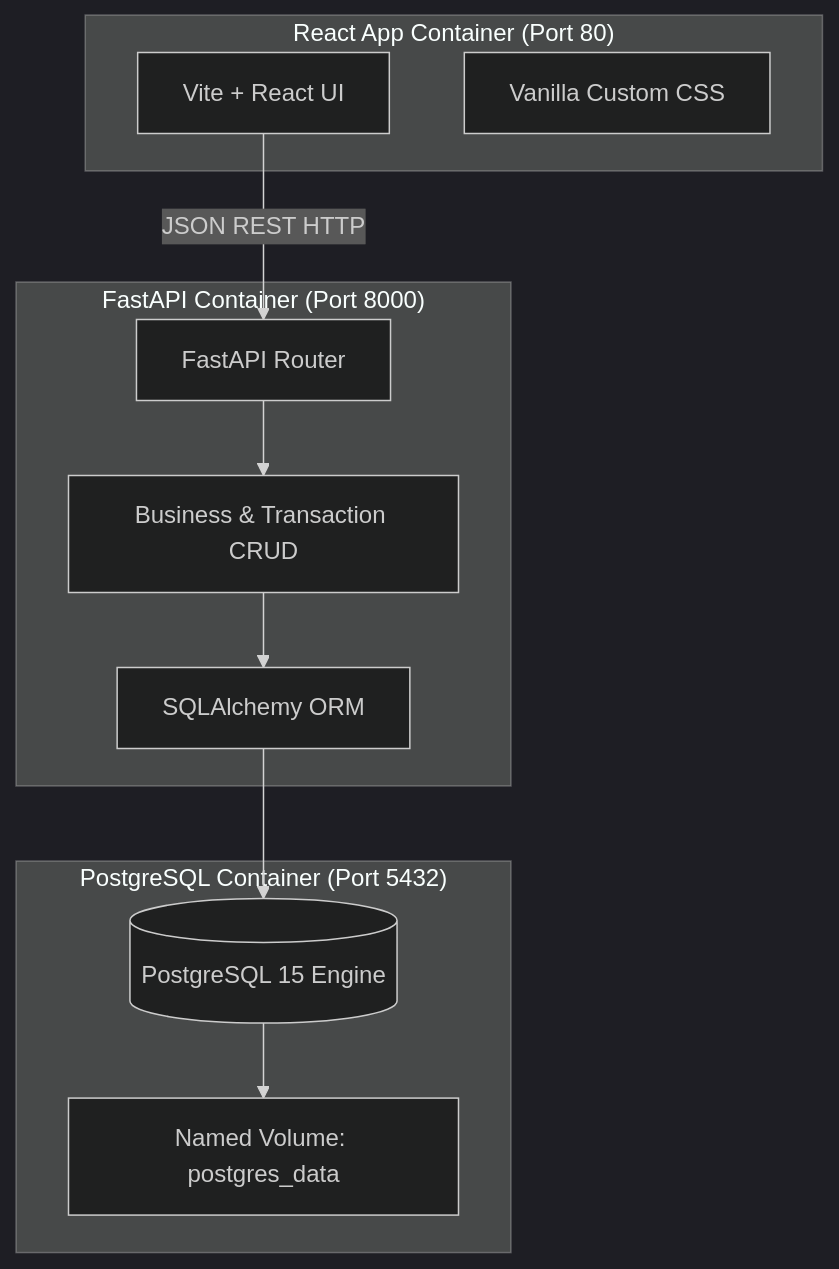
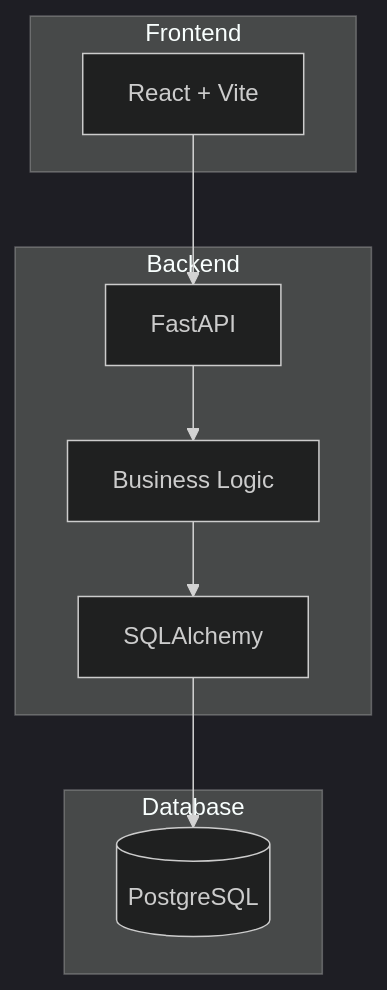
Before and after one commit to chandan3kumar/Inventory-OrderManagementSys: the diagram in README.md, drawn with Mermaid (dark theme). The commit also changed other lines of this file, not shown here.

````diff
--- a/README.md
+++ b/README.md
@@ -11,24 +116,21 @@
 ```mermaid
 graph TD
-    subgraph Frontend ["React App Container (Port 80)"]
-        UI["Vite + React UI"]
-        CSS["Vanilla Custom CSS"]
+    subgraph Frontend
+        UI[React + Vite]
     end
 
-    subgraph Backend ["FastAPI Container (Port 8000)"]
-        API["FastAPI Router"]
-        CRUD["Business & Transaction CRUD"]
-        ORM["SQLAlchemy ORM"]
+    subgraph Backend
+        API[FastAPI]
+        CRUD[Business Logic]
+        ORM[SQLAlchemy]
     end
 
-    subgraph Database ["PostgreSQL Container (Port 5432)"]
-        DB[("PostgreSQL 15 Engine")]
-        VOL["Named Volume: postgres_data"]
+    subgraph Database
+        DB[(PostgreSQL)]
     end
 
-    UI -->|JSON REST HTTP| API
+    UI --> API
     API --> CRUD
     CRUD --> ORM
     ORM --> DB
-    DB --> VOL
 ```
````
